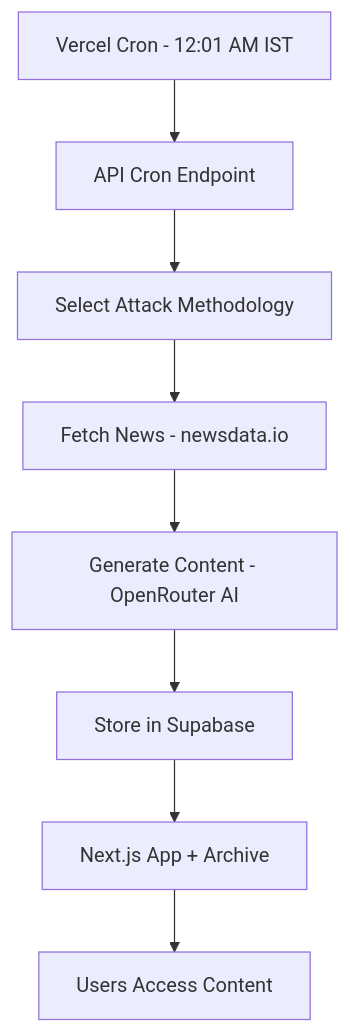
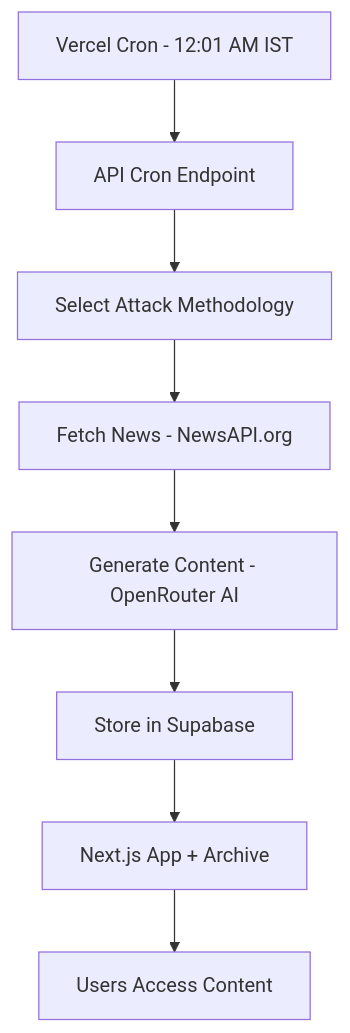
The diagram in README.md (pentoshi007/oh-my-security), drawn with Mermaid before and after one commit. The commit also changed other lines of this file and 4 other files, not shown here.

First line of the commit message:
Migrate news API from newsdata.io to NewsAPI.org, fix exploit code section styling

````diff
--- a/README.md
+++ b/README.md
@@ -45,10 +45,10 @@
 ```mermaid
 flowchart TD
     A[Vercel Cron - 12:01 AM IST] --> B["API Cron Endpoint"]
     B --> C[Select Attack Methodology]
-    C --> D[Fetch News - newsdata.io]
+    C --> D[Fetch News - NewsAPI.org]
     D --> E[Generate Content - OpenRouter AI]
     E --> F[Store in Supabase]
     F --> G[Next.js App + Archive]
     G --> H[Users Access Content]
 ```
````
